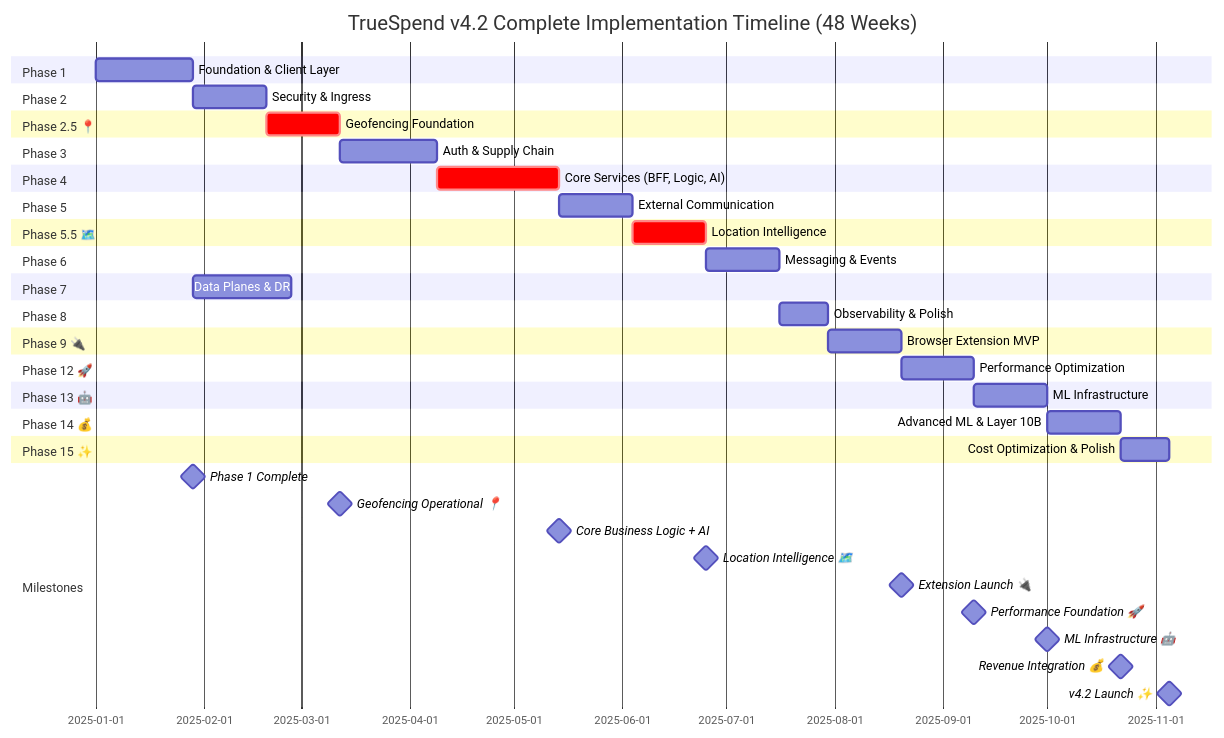
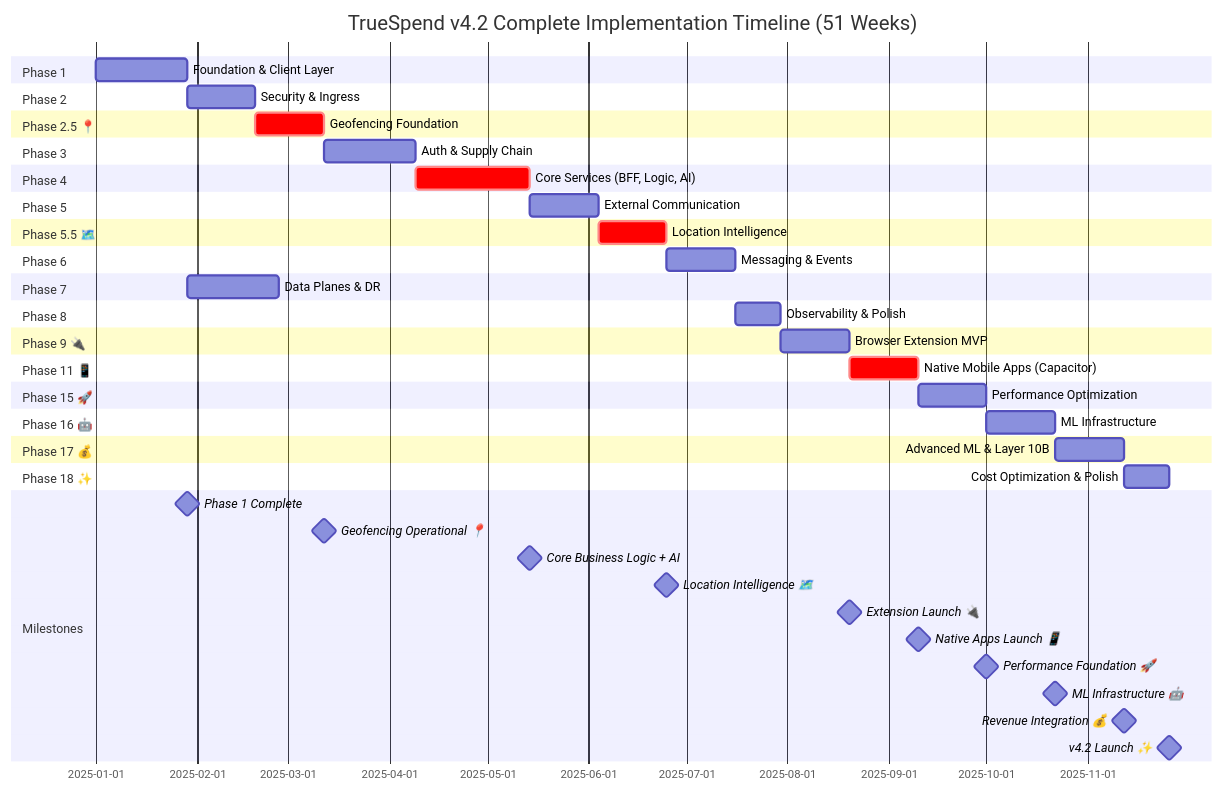
Before and after one commit to dev-Truespend/true-spend-spark: the first of 2 diagrams in docs/architecture/implementation-timeline-v4.2.md, drawn with Mermaid. The commit also changed other lines of this file, not shown here.

````diff
--- a/docs/architecture/implementation-timeline-v4.2.md
+++ b/docs/architecture/implementation-timeline-v4.2.md
@@ -27,61 +28,65 @@
 ```mermaid
 gantt
-    title TrueSpend v4.2 Complete Implementation Timeline (48 Weeks)
+    title TrueSpend v4.2 Complete Implementation Timeline (51 Weeks)
     dateFormat YYYY-MM-DD
     
     section Phase 1
     Foundation & Client Layer           :p1, 2025-01-01, 28d
     
     section Phase 2
     Security & Ingress                  :p2, after p1, 21d
     
     section Phase 2.5 📍
     Geofencing Foundation               :crit, p2_5, after p2, 21d
     
     section Phase 3
     Auth & Supply Chain                 :p3, after p2_5, 28d
     
     section Phase 4
     Core Services (BFF, Logic, AI)      :crit, p4, after p3, 35d
     
     section Phase 5
     External Communication              :p5, after p4, 21d
     
     section Phase 5.5 🗺️
     Location Intelligence               :crit, p5_5, after p5, 21d
     
     section Phase 6
     Messaging & Events                  :p6, after p5_5, 21d
     
     section Phase 7
     Data Planes & DR                    :p7, after p1, 28d
     
     section Phase 8
     Observability & Polish              :p8, after p6, 14d
     
     section Phase 9 🔌
     Browser Extension MVP               :p9, after p8, 21d
     
-    section Phase 12 🚀
-    Performance Optimization            :p12, after p9, 21d
+    section Phase 11 📱
+    Native Mobile Apps (Capacitor)      :crit, p11, after p9, 21d
     
-    section Phase 13 🤖
-    ML Infrastructure                   :p13, after p12, 21d
+    section Phase 15 🚀
+    Performance Optimization            :p15, after p11, 21d
     
-    section Phase 14 💰
-    Advanced ML & Layer 10B             :p14, after p13, 21d
+    section Phase 16 🤖
+    ML Infrastructure                   :p16, after p15, 21d
     
-    section Phase 15 ✨
-    Cost Optimization & Polish          :p15, after p14, 14d
+    section Phase 17 💰
+    Advanced ML & Layer 10B             :p17, after p16, 21d
+    
+    section Phase 18 ✨
+    Cost Optimization & Polish          :p18, after p17, 14d
     
     section Milestones
     Phase 1 Complete                    :milestone, m1, after p1, 0d
     Geofencing Operational 📍           :milestone, m2_5, after p2_5, 0d
     Core Business Logic + AI            :milestone, m4, after p4, 0d
     Location Intelligence 🗺️            :milestone, m5_5, after p5_5, 0d
     Extension Launch 🔌                 :milestone, m9, after p9, 0d
-    Performance Foundation 🚀           :milestone, m12, after p12, 0d
-    ML Infrastructure 🤖                :milestone, m13, after p13, 0d
-    Revenue Integration 💰              :milestone, m14, after p14, 0d
-    v4.2 Launch ✨                      :milestone, m15, after p15, 0d
+    Native Apps Launch 📱               :milestone, m11, after p11, 0d
+    Performance Foundation 🚀           :milestone, m15, after p15, 0d
+    ML Infrastructure 🤖                :milestone, m16, after p16, 0d
+    Revenue Integration 💰              :milestone, m17, after p17, 0d
+    v4.2 Launch ✨                      :milestone, m18, after p18, 0d
 ```
````
